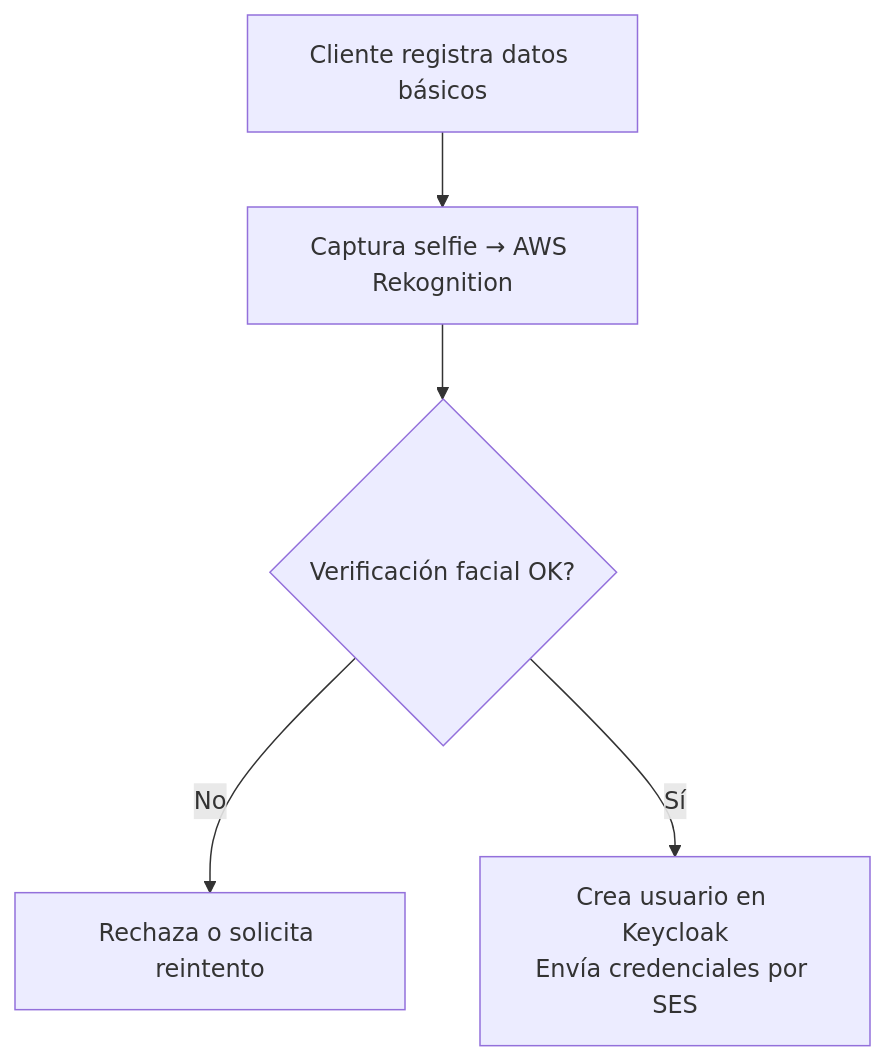
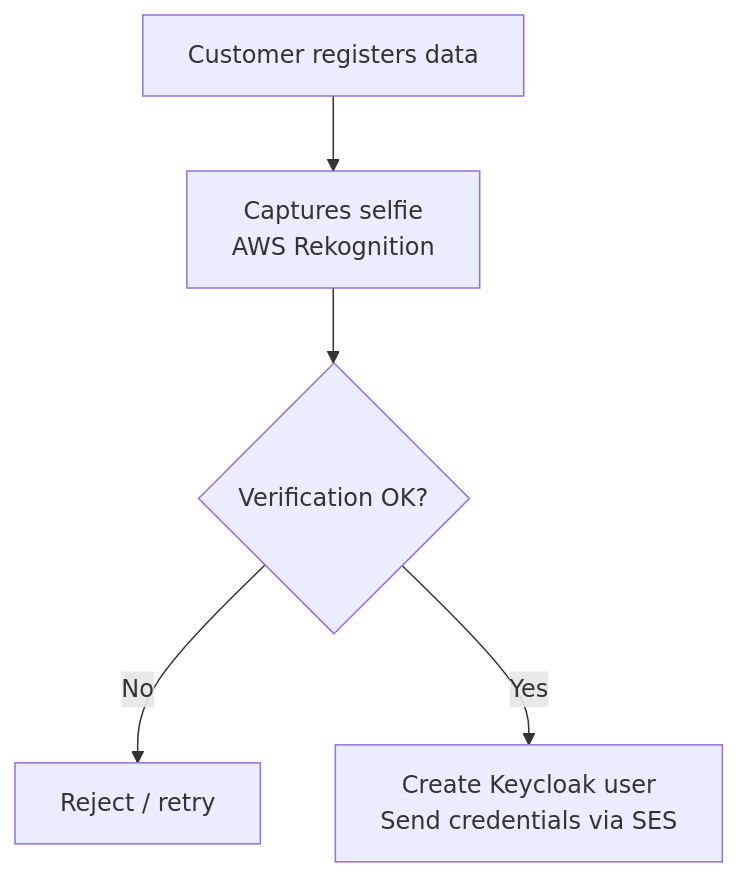
The seventh of 11 diagrams in docs/origin/BP_BANKING_ARCHITECTURE.md (DavidVique1998/CV), drawn with Mermaid before and after one commit. The commit also changed other lines of this file and 1 other file, not shown here.

Commit message:
docs: simplify BP_BANKING_ARCHITECTURE — group external systems, compact diagrams, horizontal PKCE flow

````diff
--- a/docs/origin/BP_BANKING_ARCHITECTURE.md
+++ b/docs/origin/BP_BANKING_ARCHITECTURE.md
@@ -244,7 +231,7 @@
 ```mermaid
 flowchart TD
-    A[Cliente registra datos básicos] --> B[Captura selfie → AWS Rekognition]
-    B --> C{Verificación facial OK?}
-    C -- No --> D[Rechaza o solicita reintento]
-    C -- Sí --> E[Crea usuario en Keycloak\nEnvía credenciales por SES]
+    A[Customer registers data] --> B[Captures selfie\nAWS Rekognition]
+    B --> C{Verification OK?}
+    C -- No --> D[Reject / retry]
+    C -- Yes --> E[Create Keycloak user\nSend credentials via SES]
 ```
````
